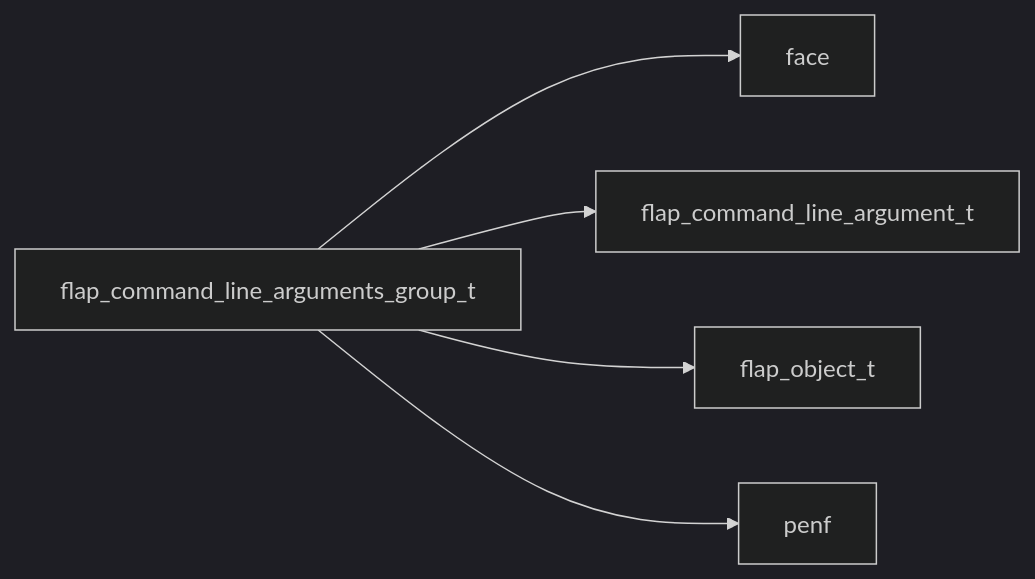
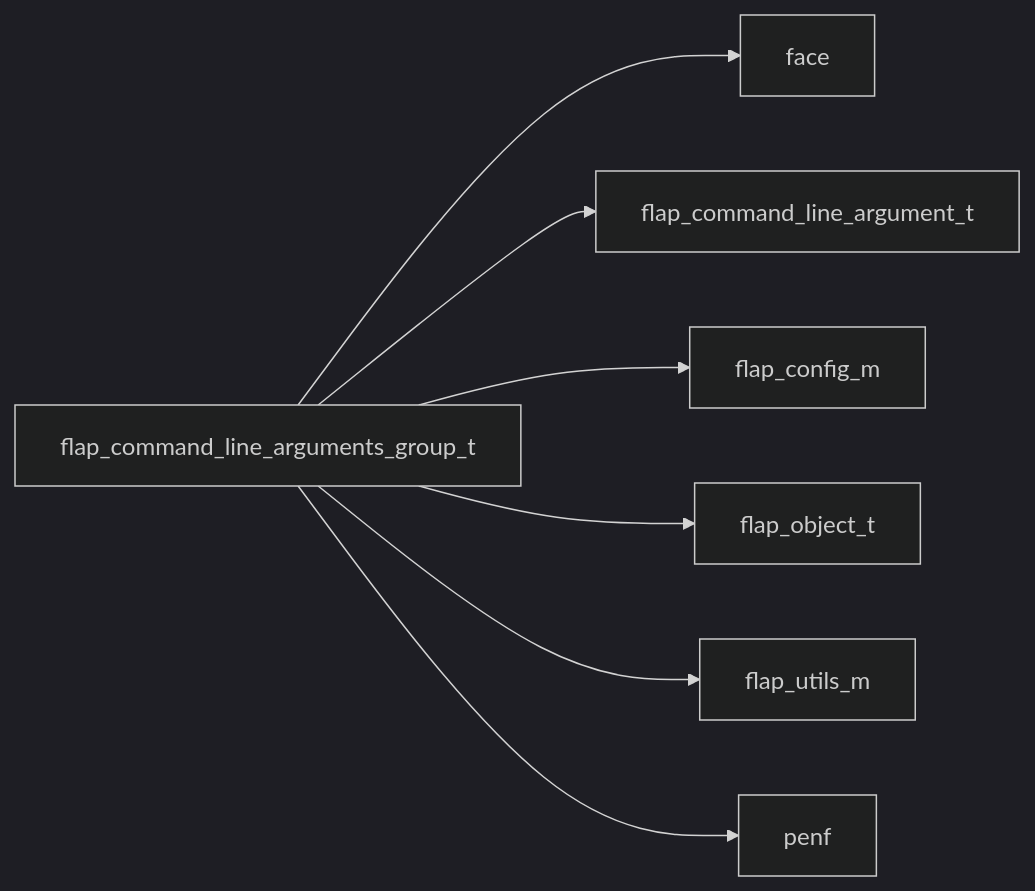
Before and after one commit to szaghi/FLAP: the first of 28 diagrams in docs/api/src/lib/flap_command_line_arguments_group_t.md, drawn with Mermaid (dark theme). The commit also changed other lines of this file and 17 other files, not shown here.

````diff
--- a/docs/api/src/lib/flap_command_line_arguments_group_t.md
+++ b/docs/api/src/lib/flap_command_line_arguments_group_t.md
@@ -13,7 +13,9 @@
 ```mermaid
 graph LR
   flap_command_line_arguments_group_t["flap_command_line_arguments_group_t"] --> face["face"]
   flap_command_line_arguments_group_t["flap_command_line_arguments_group_t"] --> flap_command_line_argument_t["flap_command_line_argument_t"]
+  flap_command_line_arguments_group_t["flap_command_line_arguments_group_t"] --> flap_config_m["flap_config_m"]
   flap_command_line_arguments_group_t["flap_command_line_arguments_group_t"] --> flap_object_t["flap_object_t"]
+  flap_command_line_arguments_group_t["flap_command_line_arguments_group_t"] --> flap_utils_m["flap_utils_m"]
   flap_command_line_arguments_group_t["flap_command_line_arguments_group_t"] --> penf["penf"]
 ```
````
